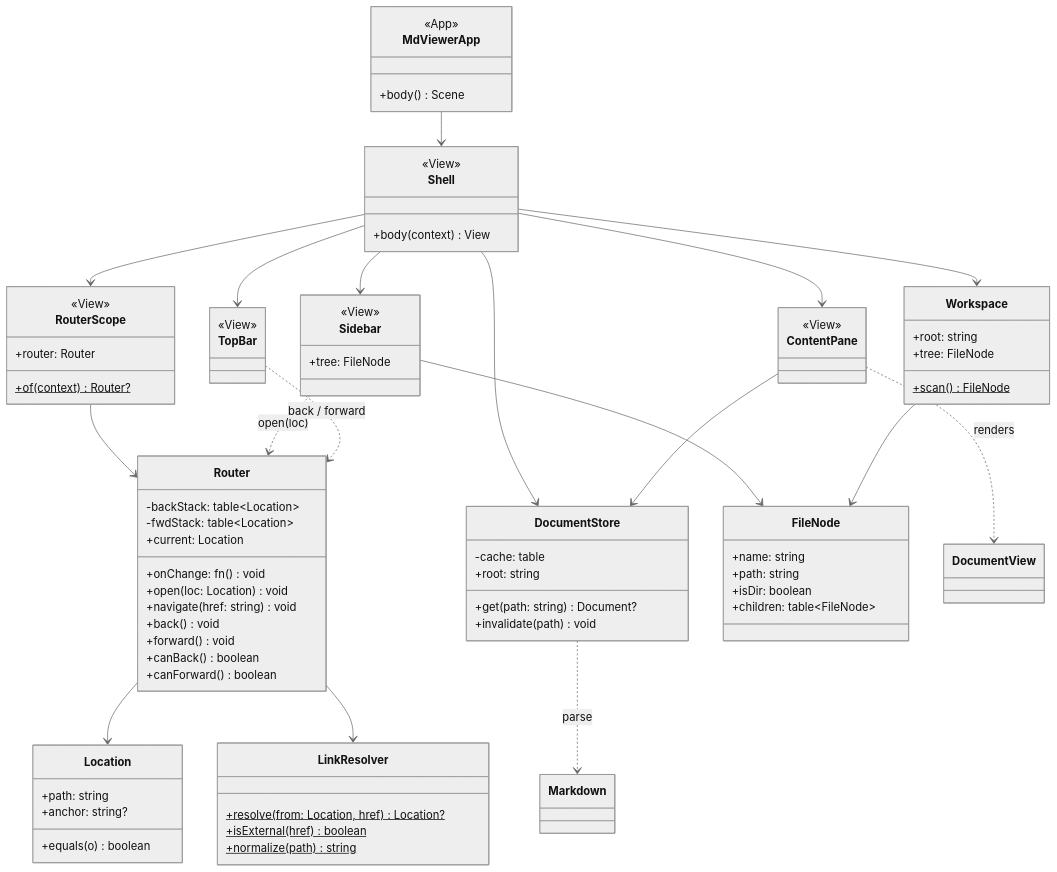
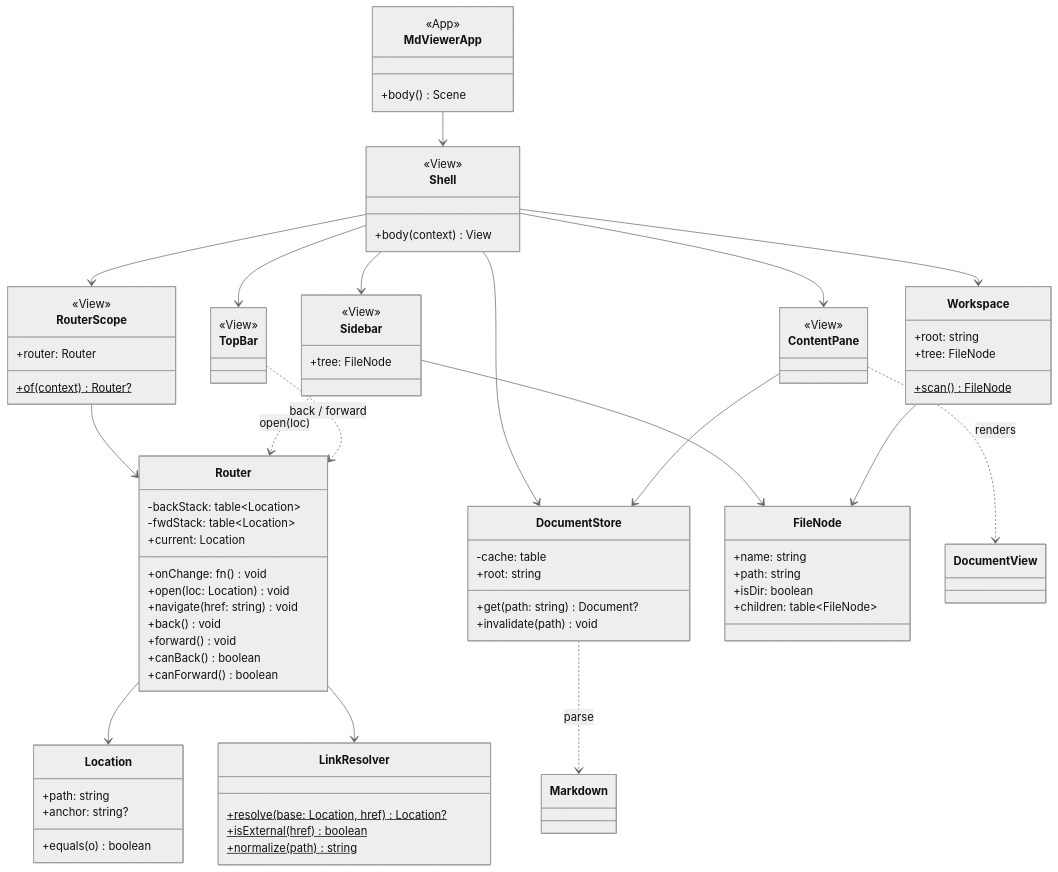
The fifth of 8 diagrams in examples/md-viewer/docs/02-architecture.md (lauriszz123/saule), drawn with Mermaid (neutral theme) before and after one commit. The commit also changed 11 other files, not shown here.

```diff
--- a/examples/md-viewer/docs/02-architecture.md
+++ b/examples/md-viewer/docs/02-architecture.md
@@ -327,7 +327,7 @@
         +equals(o) boolean
     }
     class LinkResolver {
-        +resolve(from: Location, href)$ Location?
+        +resolve(base: Location, href)$ Location?
         +isExternal(href)$ boolean
         +normalize(path)$ string
     }
```
